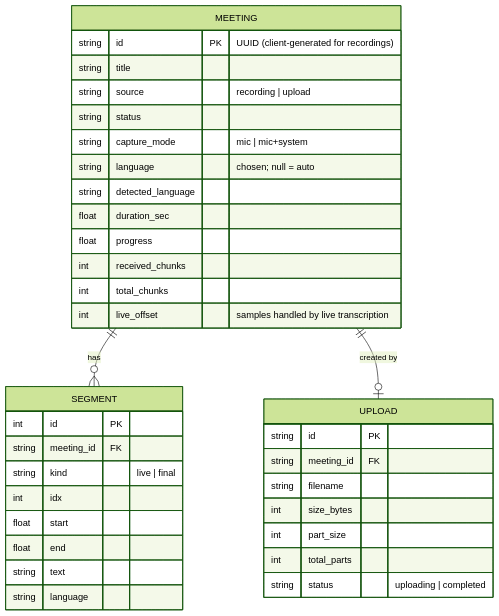
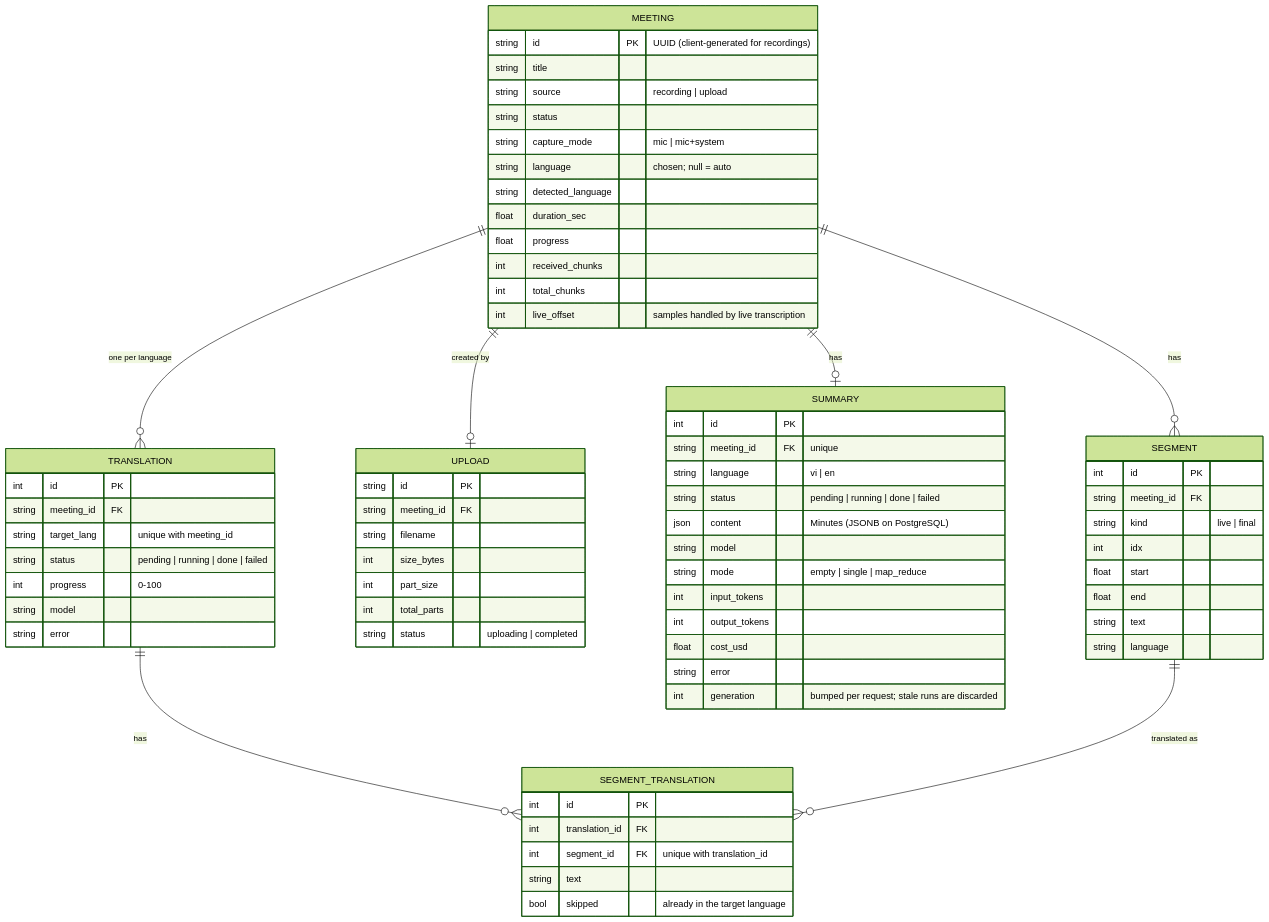
Before and after one commit to DatTapTanhCode/SumTalk: the fourth of 6 diagrams in docs/ARCHITECTURE.md, drawn with Mermaid (forest theme). The commit also changed other lines of this file and 1 other file, not shown here.

First line of the commit message:
docs: document Sprint 3 summary and translation

````diff
--- a/docs/ARCHITECTURE.md
+++ b/docs/ARCHITECTURE.md
@@ -152,38 +152,72 @@
 ```mermaid
 erDiagram
   MEETING ||--o{ SEGMENT : has
   MEETING ||--o| UPLOAD : "created by"
+  MEETING ||--o| SUMMARY : has
+  MEETING ||--o{ TRANSLATION : "one per language"
+  TRANSLATION ||--o{ SEGMENT_TRANSLATION : has
+  SEGMENT ||--o{ SEGMENT_TRANSLATION : "translated as"
   MEETING {
     string id PK "UUID (client-generated for recordings)"
     string title
     string source "recording | upload"
     string status
     string capture_mode "mic | mic+system"
     string language "chosen; null = auto"
     string detected_language
     float duration_sec
     float progress
     int received_chunks
     int total_chunks
     int live_offset "samples handled by live transcription"
   }
   SEGMENT {
     int id PK
     string meeting_id FK
     string kind "live | final"
     int idx
     float start
     float end
     string text
     string language
   }
   UPLOAD {
     string id PK
     string meeting_id FK
     string filename
     int size_bytes
     int part_size
     int total_parts
     string status "uploading | completed"
   }
+  SUMMARY {
+    int id PK
+    string meeting_id FK "unique"
+    string language "vi | en"
+    string status "pending | running | done | failed"
+    json content "Minutes (JSONB on PostgreSQL)"
+    string model
+    string mode "empty | single | map_reduce"
+    int input_tokens
+    int output_tokens
+    float cost_usd
+    string error
+    int generation "bumped per request; stale runs are discarded"
+  }
+  TRANSLATION {
+    int id PK
+    string meeting_id FK
+    string target_lang "unique with meeting_id"
+    string status "pending | running | done | failed"
+    int progress "0-100"
+    string model
+    string error
+  }
+  SEGMENT_TRANSLATION {
+    int id PK
+    int translation_id FK
+    int segment_id FK "unique with translation_id"
+    string text
+    bool skipped "already in the target language"
+  }
 ```
````
